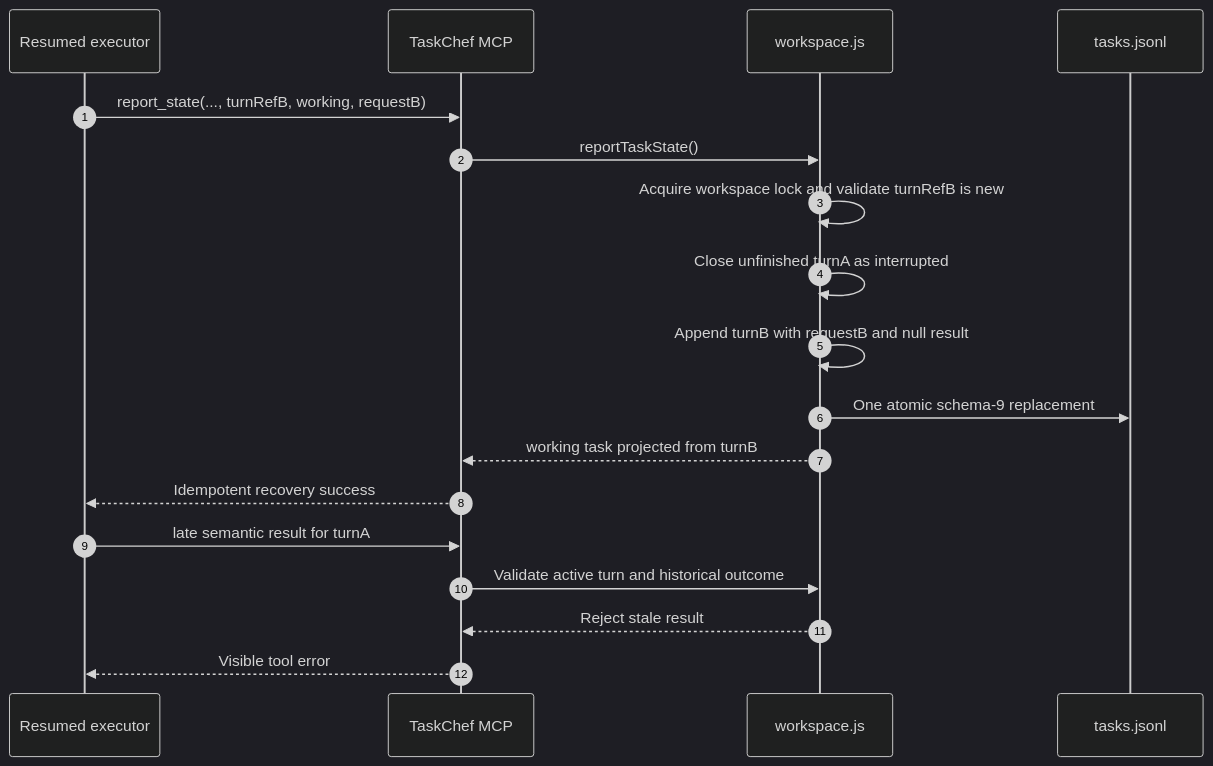
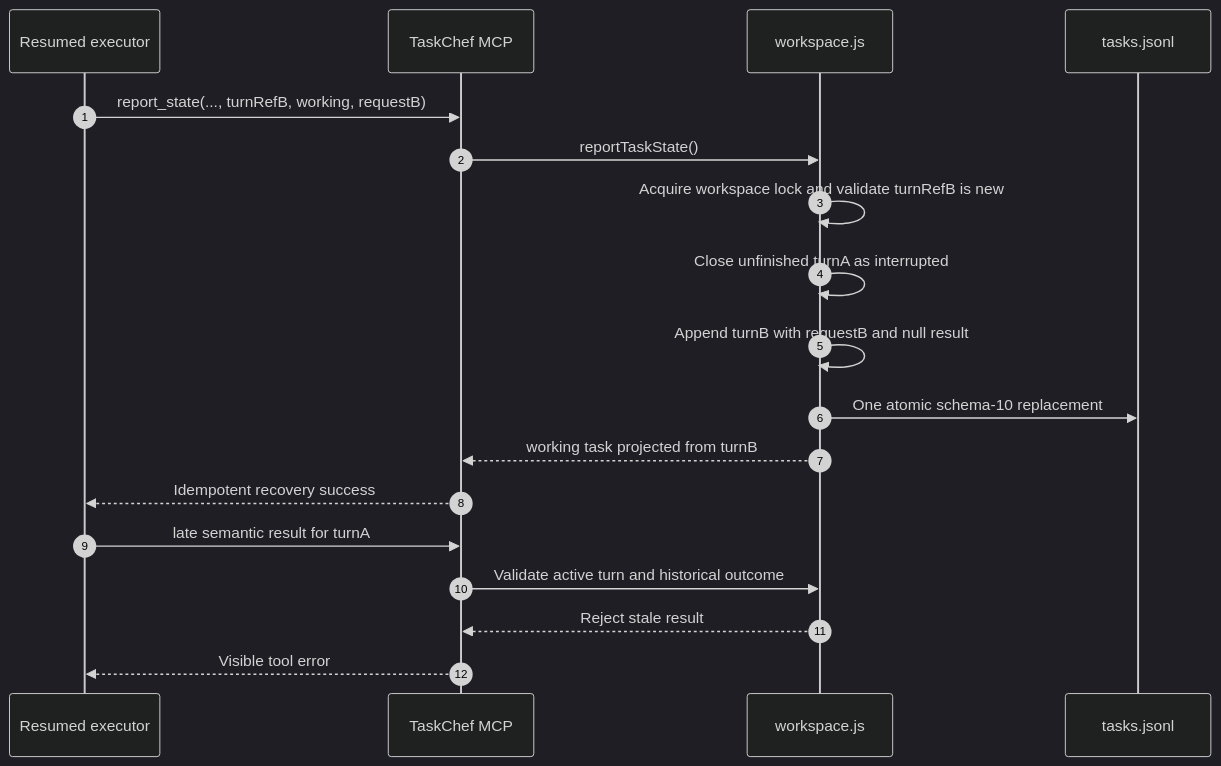
Before and after one commit to favoyang/taskchef: the fifth of 8 diagrams in docs/workflows.md, drawn with Mermaid (dark theme). The commit also changed other lines of this file and 13 other files, not shown here.

````diff
--- a/docs/workflows.md
+++ b/docs/workflows.md
@@ -249,20 +249,20 @@
 ```mermaid
 sequenceDiagram
   autonumber
   participant E as Resumed executor
   participant M as TaskChef MCP
   participant W as workspace.js
   participant F as tasks.jsonl
   E->>M: report_state(..., turnRefB, working, requestB)
   M->>W: reportTaskState()
   W->>W: Acquire workspace lock and validate turnRefB is new
   W->>W: Close unfinished turnA as interrupted
   W->>W: Append turnB with requestB and null result
-  W->>F: One atomic schema-9 replacement
+  W->>F: One atomic schema-10 replacement
   W-->>M: working task projected from turnB
   M-->>E: Idempotent recovery success
   E->>M: late semantic result for turnA
   M->>W: Validate active turn and historical outcome
   W-->>M: Reject stale result
   M-->>E: Visible tool error
 ```
````
